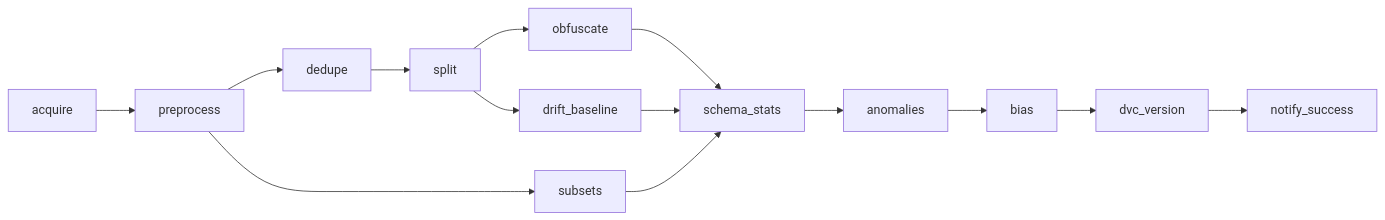
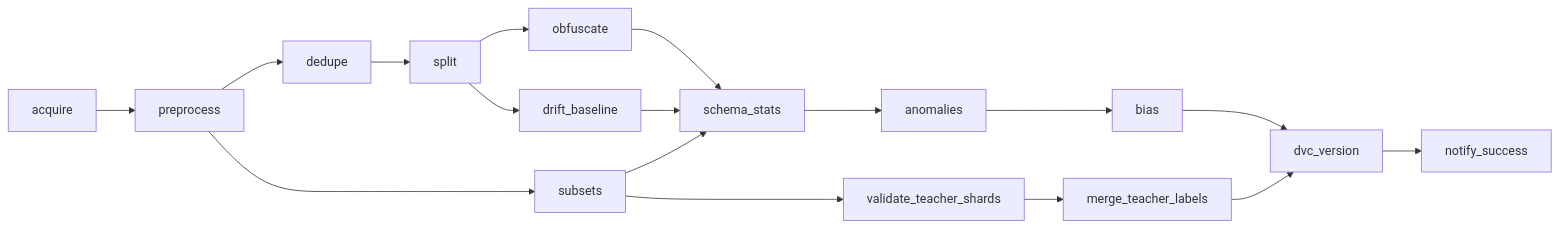
The diagram in Data-Pipeline/README.md (Nishaant-Soni/Distillate), drawn with Mermaid before and after one commit. The commit also changed other lines of this file and 8 other files, not shown here.

Commit message:
data_prep_dag: validate and merge the teacher shards; retrain_dag skeleton

````diff
--- a/Data-Pipeline/README.md
+++ b/Data-Pipeline/README.md
@@ -250,8 +252,9 @@
 ```mermaid
 flowchart LR
     acquire --> preprocess
     preprocess --> dedupe --> split --> obfuscate --> schema_stats
     split --> drift_baseline --> schema_stats
     preprocess --> subsets --> schema_stats
     schema_stats --> anomalies --> bias --> dvc_version --> notify_success
+    subsets --> validate_teacher_shards --> merge_teacher_labels --> dvc_version
 ```
````
